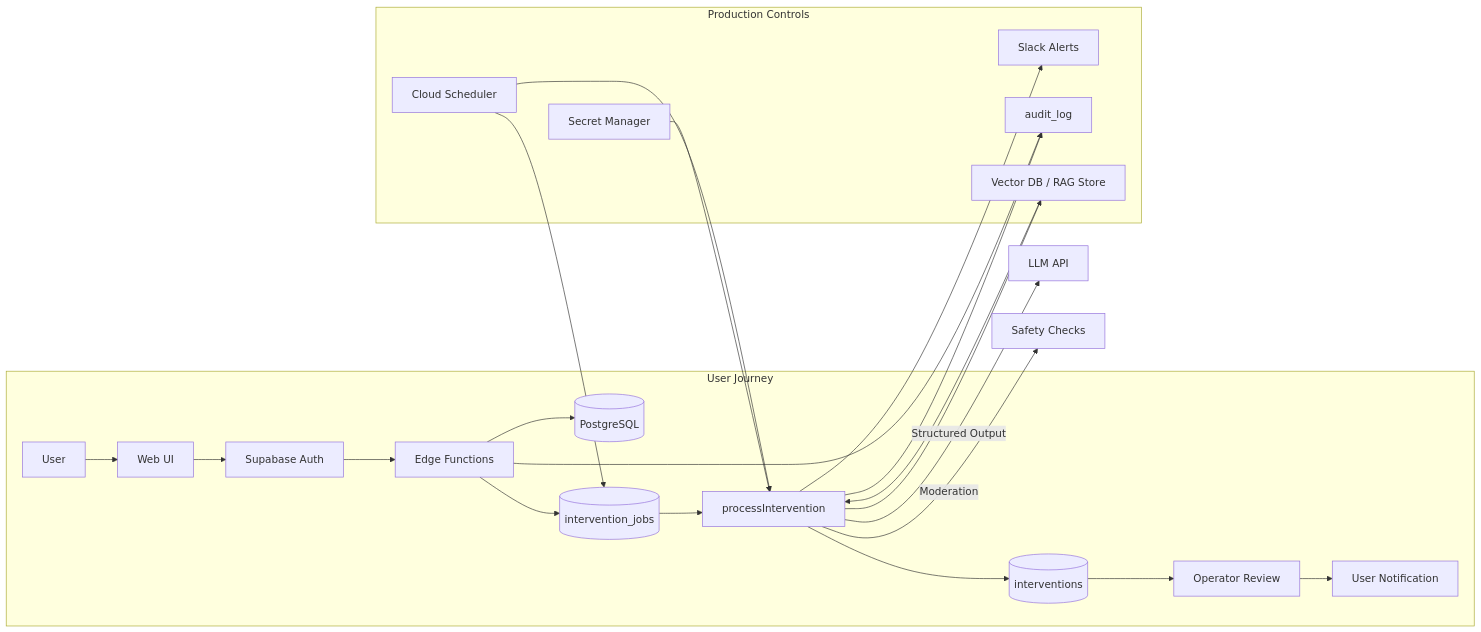
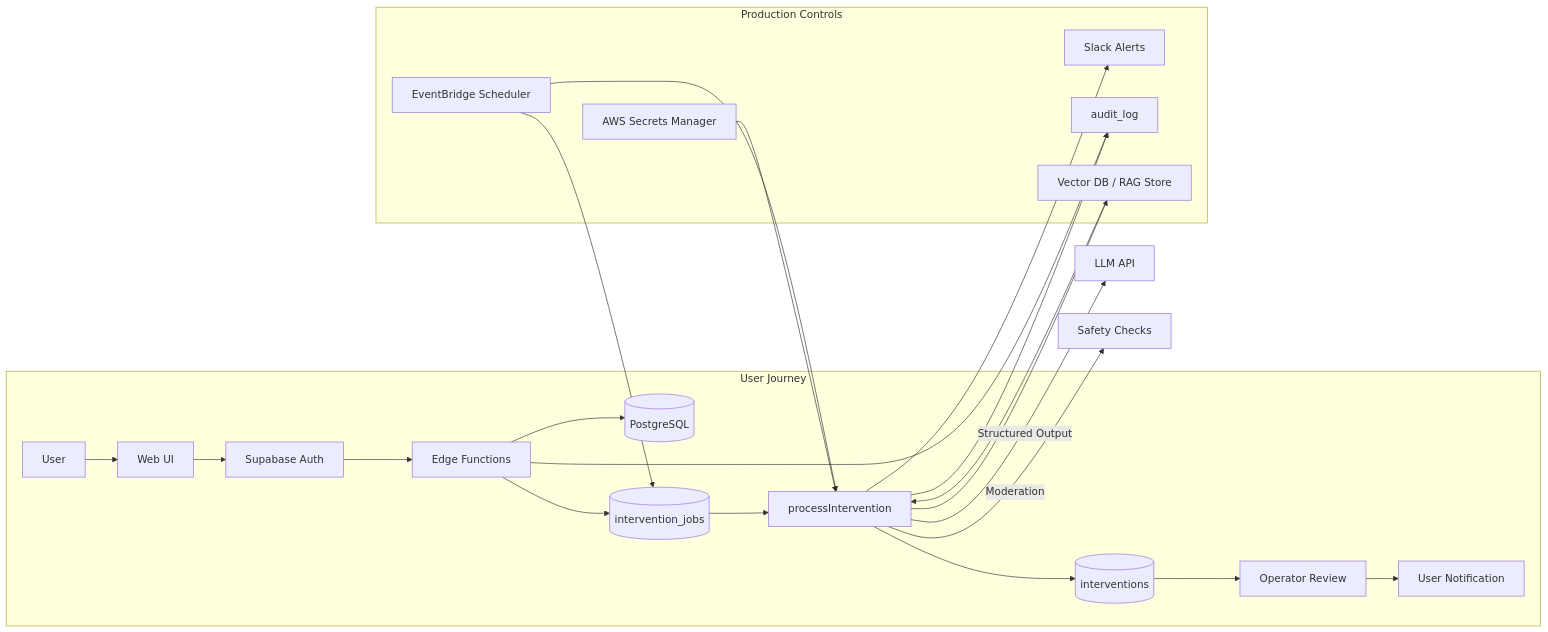
The fourth of 5 diagrams in docs/system_spec_ja.md (k-naruse3209/trait-flow-mvp3.0), drawn with Mermaid before and after one commit. The commit also changed other lines of this file and 2 other files, not shown here.

Commit message:
Align docs with AWS deployment

````diff
--- a/docs/system_spec_ja.md
+++ b/docs/system_spec_ja.md
@@ -243,33 +243,33 @@
 ```mermaid
 flowchart LR
   subgraph UserFlow[User Journey]
     U[User] --> UI[Web UI]
     UI --> Auth[Supabase Auth]
     Auth --> Edge[Edge Functions]
     Edge --> DB[(PostgreSQL)]
     Edge --> Queue[(intervention_jobs)]
     Queue --> Worker[processIntervention]
     Worker --> Interventions[(interventions)]
     Interventions --> Operator[Operator Review]
     Operator --> Notify[User Notification]
   end
 
   subgraph Infra[Production Controls]
-    SM[Secret Manager]
-    Scheduler[Cloud Scheduler]
+    SM[AWS Secrets Manager]
+    Scheduler[EventBridge Scheduler]
     Slack[Slack Alerts]
     Audit[audit_log]
     Vec[Vector DB / RAG Store]
   end
 
   Worker -->|Structured Output| LLMAPI[LLM API]
   Worker -->|Moderation| Mod[Safety Checks]
   Worker --> Vec
   Vec --> Worker
   Worker --> Slack
   Worker --> Audit
   Edge --> Audit
   SM --> Worker
   Scheduler --> Queue
   Scheduler --> Worker
 ```
````
